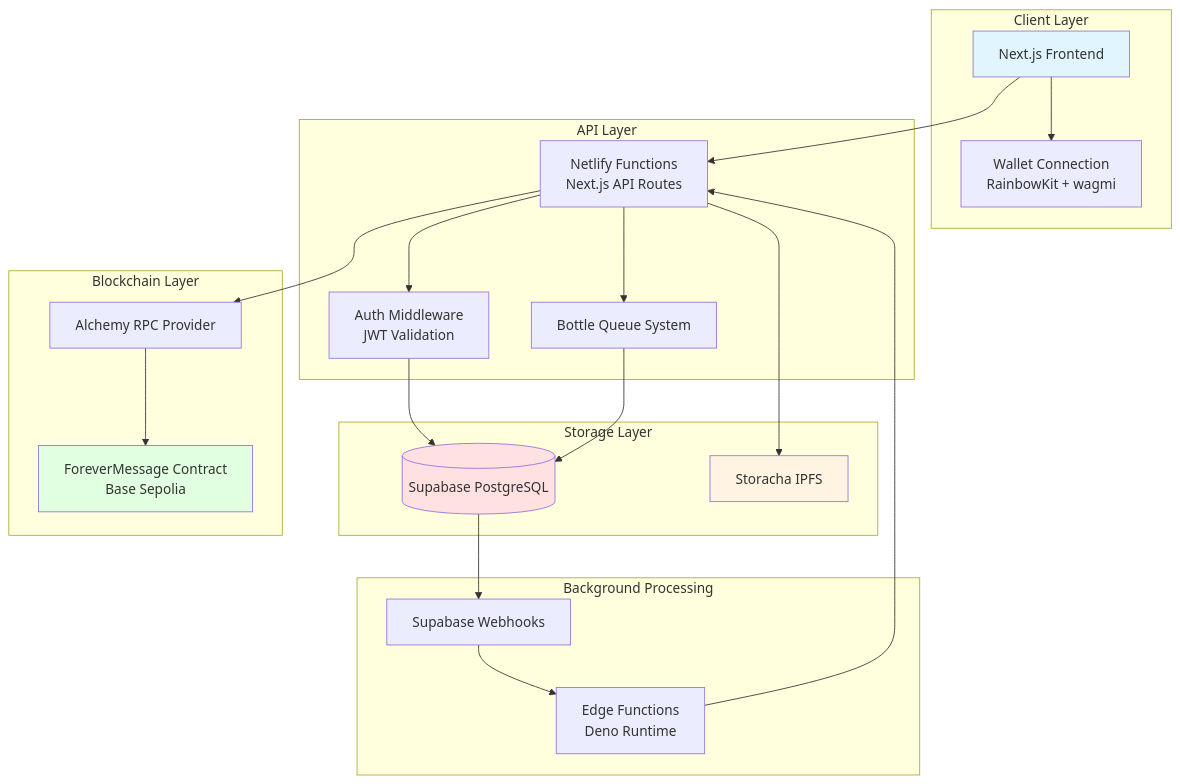
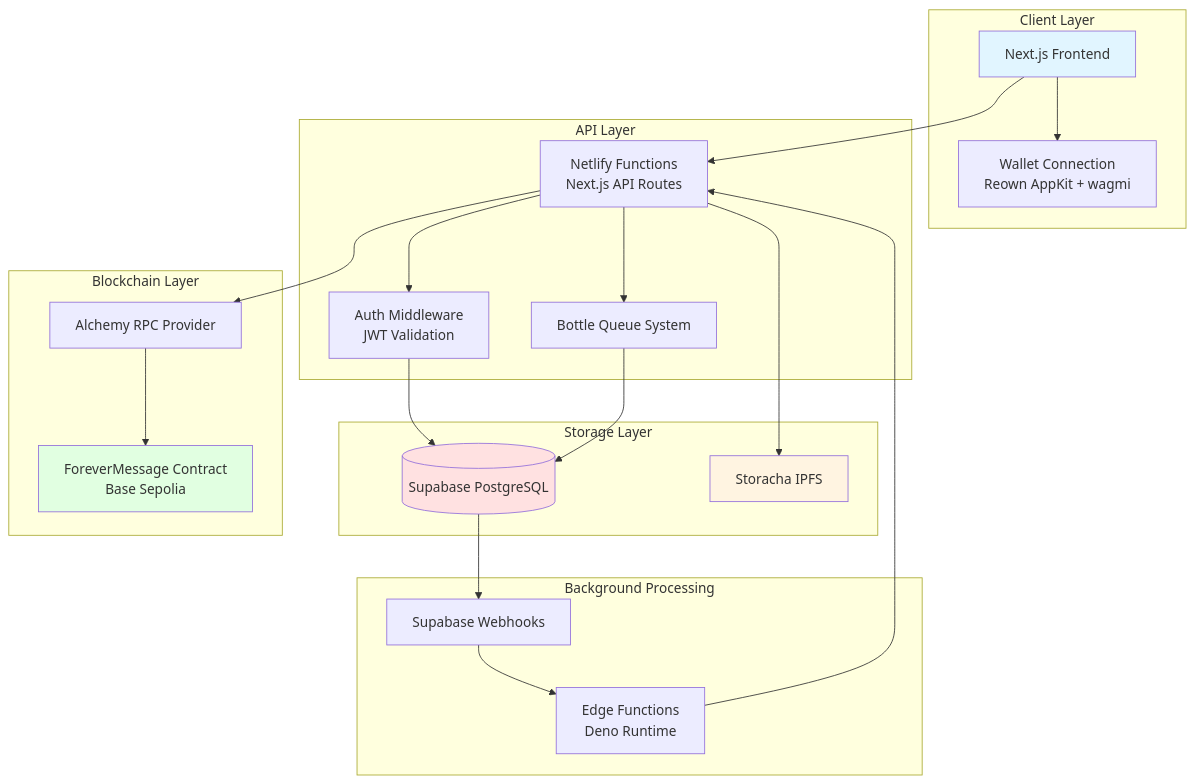
The first of 2 diagrams in architecture/overview.md (loscolmebrothers/forever-message-docs), drawn with Mermaid before and after one commit. The commit also changed other lines of this file and 4 other files, not shown here.

````diff
--- a/architecture/overview.md
+++ b/architecture/overview.md
@@ -9,46 +9,46 @@
 ```mermaid
 graph TB
     subgraph "Client Layer"
         UI[Next.js Frontend]
-        Wallet[Wallet Connection<br/>RainbowKit + wagmi]
+        Wallet[Wallet Connection<br/>Reown AppKit + wagmi]
     end
 
     subgraph "API Layer"
         API[Netlify Functions<br/>Next.js API Routes]
         Middleware[Auth Middleware<br/>JWT Validation]
         Queue[Bottle Queue System]
     end
 
     subgraph "Storage Layer"
         DB[(Supabase PostgreSQL)]
         IPFS[Storacha IPFS]
     end
 
     subgraph "Blockchain Layer"
         Contract[ForeverMessage Contract<br/>Base Sepolia]
         RPC[Alchemy RPC Provider]
     end
 
     subgraph "Background Processing"
         Webhook[Supabase Webhooks]
         EdgeFn[Edge Functions<br/>Deno Runtime]
     end
 
     UI --> Wallet
     UI --> API
     API --> Middleware
     Middleware --> DB
     API --> Queue
     Queue --> DB
     DB --> Webhook
     Webhook --> EdgeFn
     EdgeFn --> API
     API --> IPFS
     API --> RPC
     RPC --> Contract
 
     style UI fill:#e1f5ff
     style DB fill:#ffe1e1
     style Contract fill:#e1ffe1
     style IPFS fill:#fff4e1
 ```
````
